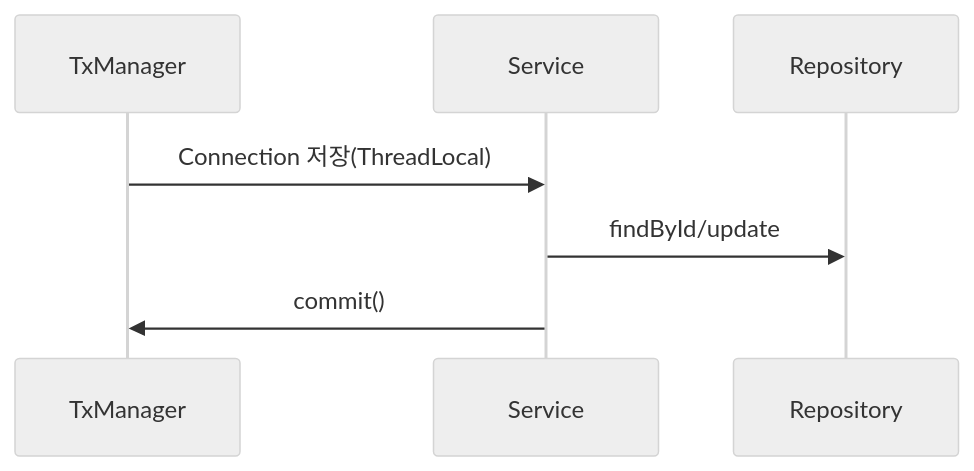
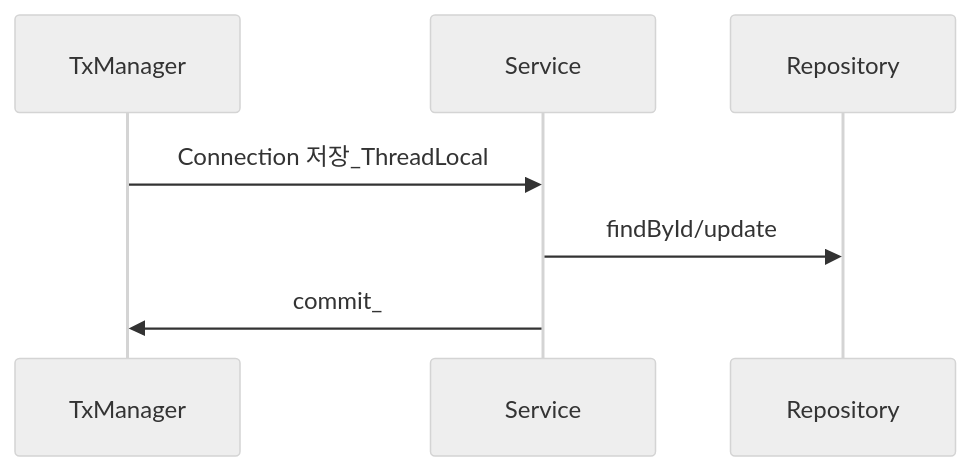
One commit to yjkim2015/yjkim2015.github.io changed the sixth of 11 diagrams in _posts/spring/2026-05-02-spring-db-1.md. Above: the diagram before and after it, drawn with Mermaid (neutral theme). The commit also changed other lines of this file and 85 other files, not shown here.

First line of the commit message:
sequenceDiagram 문법 에러 2차 수정 169개 (86파일)

````diff
--- a/_posts/spring/2026-05-02-spring-db-1.md
+++ b/_posts/spring/2026-05-02-spring-db-1.md
@@ -307,6 +307,6 @@
 ```mermaid
 sequenceDiagram
-    TxManager->>Service: Connection 저장(ThreadLocal)
+    TxManager->>Service: Connection 저장_ThreadLocal
     Service->>Repository: findById/update
-    Service->>TxManager: commit()
+    Service->>TxManager: commit_
 ```
````
